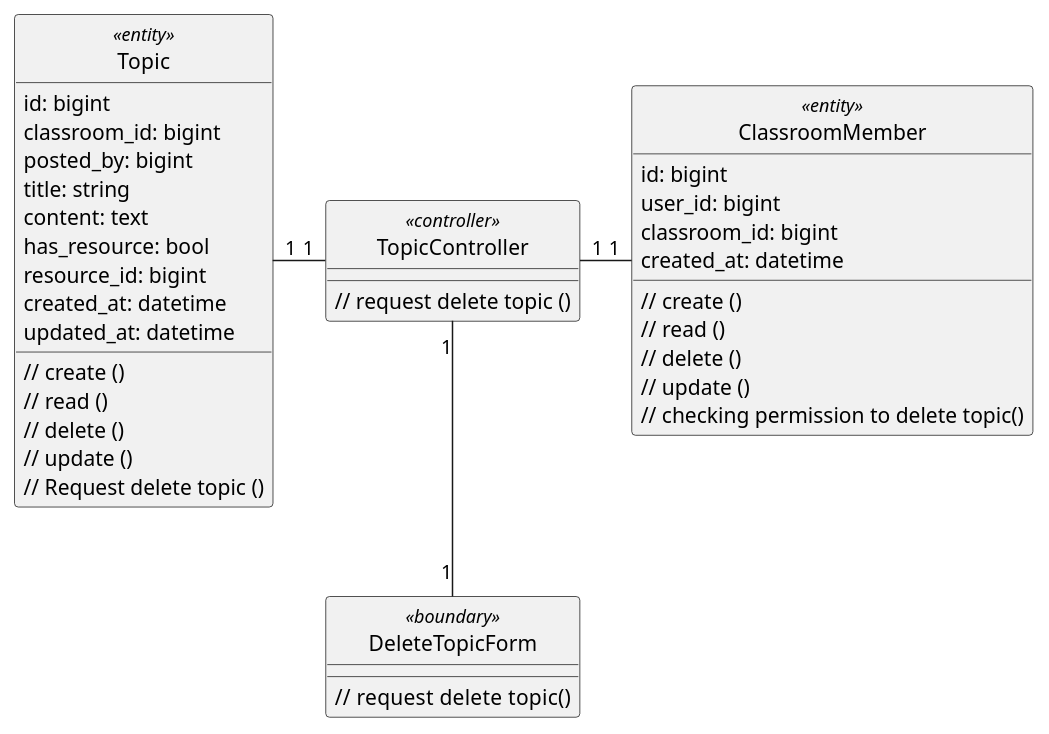
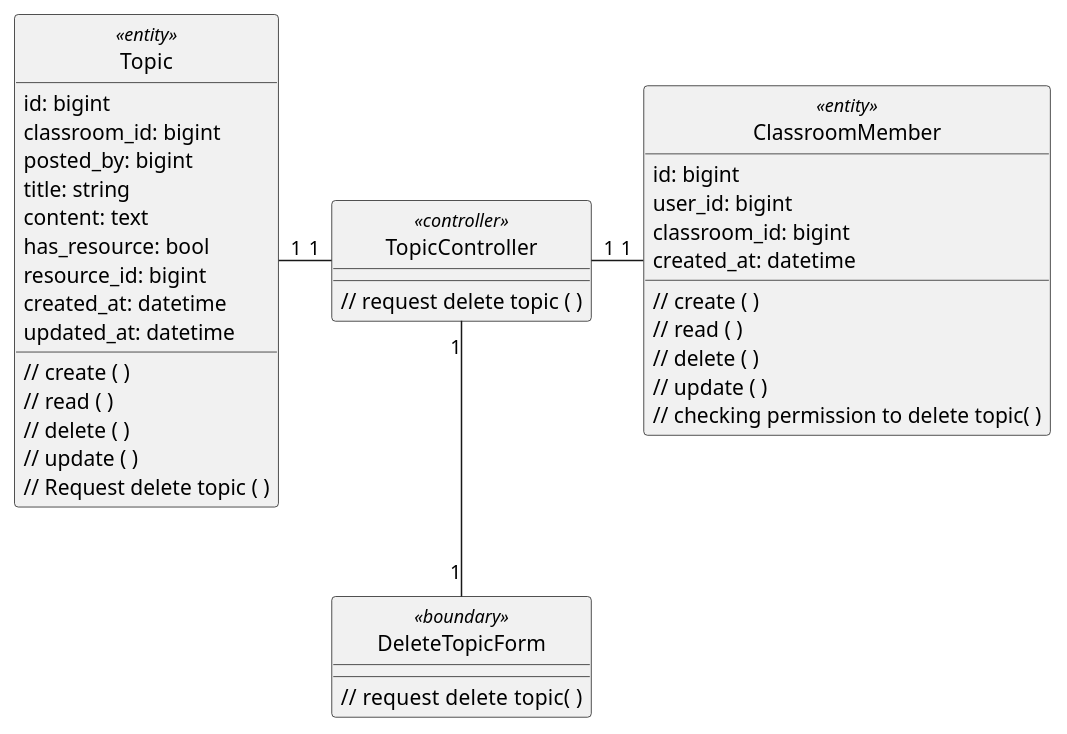
One commit to anonyhostvn/OOAD-Diagram changed the diagram in class - analysis/topic/deleteTopic.plantuml. Above: the diagram before and after it, drawn with PlantUML. The commit also changed 16 other files, not shown here.

```diff
--- a/class - analysis/topic/deleteTopic.plantuml
+++ b/class - analysis/topic/deleteTopic.plantuml
@@ -1,52 +1,52 @@
 @startuml deleteTopic
 
 class Topic <<entity>> {
     id: bigint
     classroom_id: bigint
     posted_by: bigint
     title: string
     content: text
     has_resource: bool
     resource_id: bigint
     created_at: datetime
     updated_at: datetime
 
-    // create ()
-    // read ()
-    // delete ()
-    // update ()
-    // Request delete topic ()
+    // create ( )
+    // read ( )
+    // delete ( )
+    // update ( )
+    // Request delete topic ( )
 }
 
 class ClassroomMember <<entity>> {
     id: bigint
     user_id: bigint
     classroom_id: bigint
     created_at: datetime
 
-    // create ()
-    // read ()
-    // delete ()
-    // update ()
-    // checking permission to delete topic()
+    // create ( )
+    // read ( )
+    // delete ( )
+    // update ( )
+    // checking permission to delete topic( )
 }
 
 class DeleteTopicForm <<boundary>> {
-    // request delete  topic()
+    // request delete  topic( )
 }
 
 class TopicController <<controller>> {
-    // request delete topic ()
+    // request delete topic ( )
 }
 
 hide Topic <<entity>> circle
 hide DeleteTopicForm <<boundary>> circle
 hide TopicController <<controller>> circle
 
 TopicController "1" -left- "1" Topic
 TopicController "1" -right- "1" ClassroomMember
 TopicController "1" -down- "1" DeleteTopicForm
 
 
 
 @enduml
```
